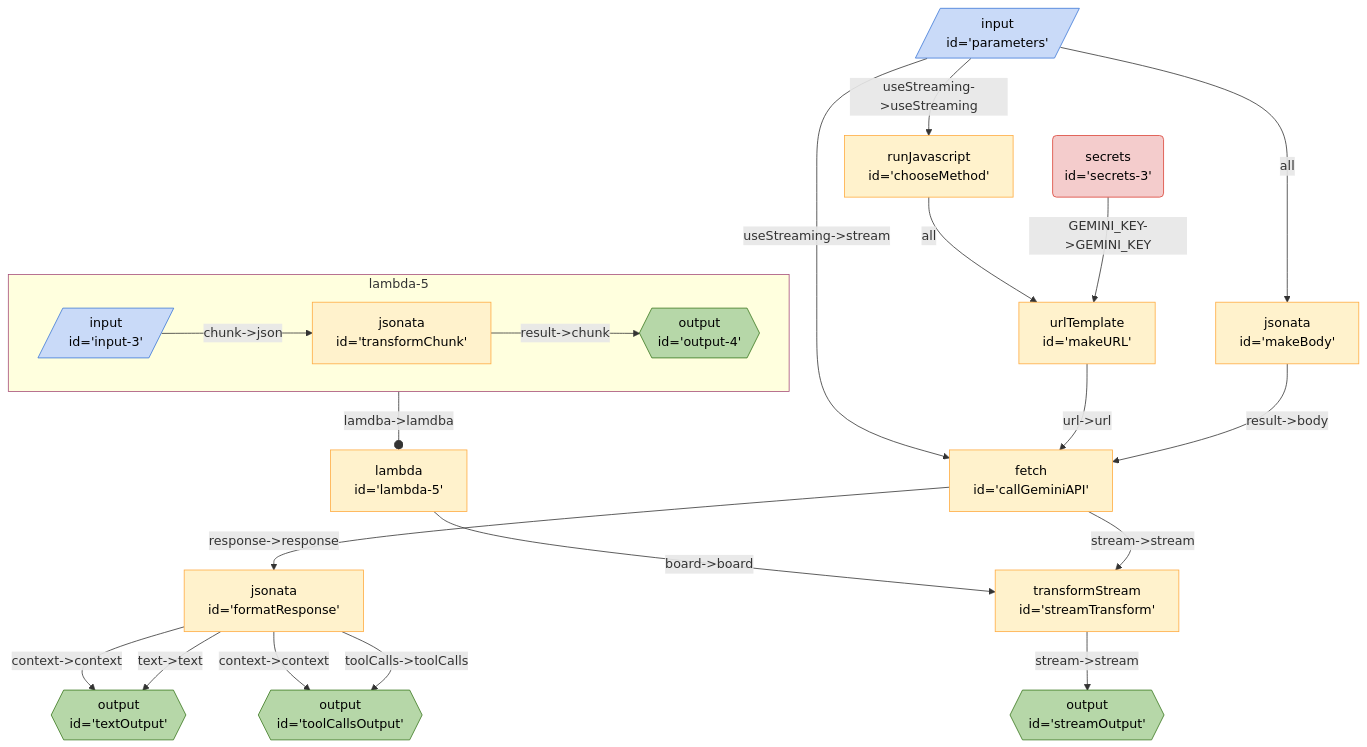
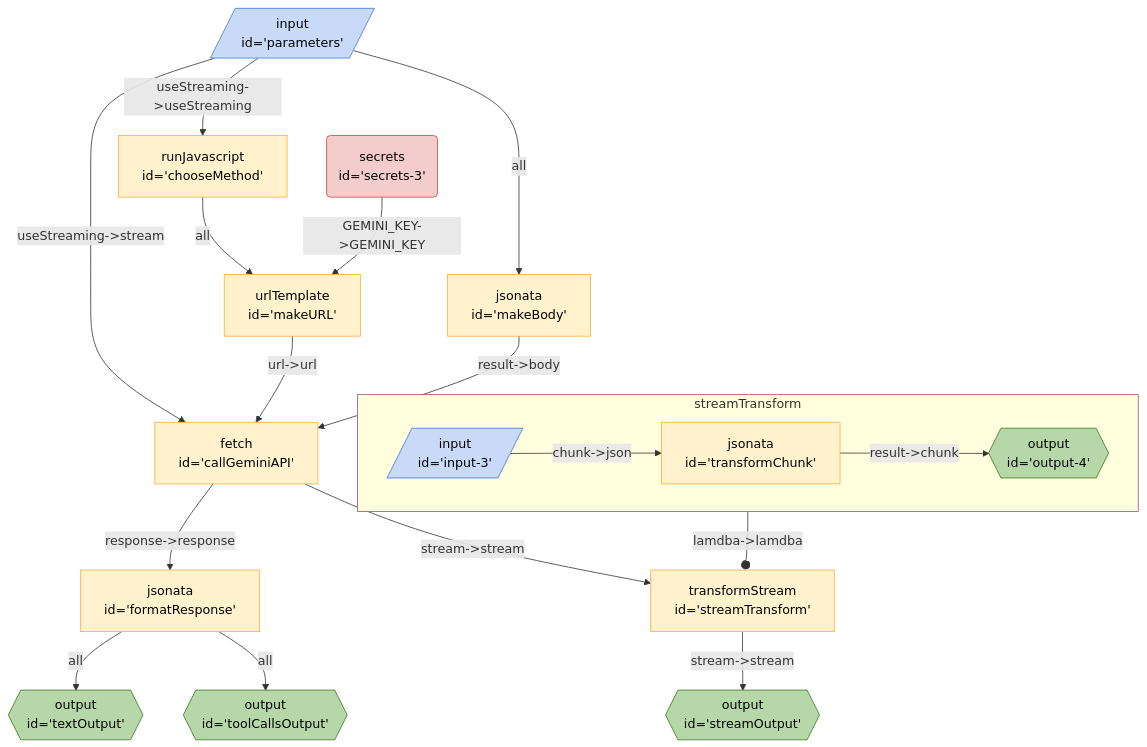
The diagram in packages/breadboard-web/docs/graphs/gemini-generator.md (breadboard-ai/breadboard), drawn with Mermaid before and after one commit. The commit also changed 4 other files, not shown here.

````diff
--- a/packages/breadboard-web/docs/graphs/gemini-generator.md
+++ b/packages/breadboard-web/docs/graphs/gemini-generator.md
@@ -3,33 +3,30 @@
 ```mermaid
 %%{init: 'themeVariables': { 'fontFamily': 'Fira Code, monospace' }}%%
 graph TD;
 streamTransform["transformStream <br> id='streamTransform'"] -- "stream->stream" --> streamOutput{{"output <br> id='streamOutput'"}}:::output
-lambda5["lambda <br> id='lambda-5'"] -- "board->board" --> streamTransform["transformStream <br> id='streamTransform'"]
-subgraph sg_lambda5 [lambda-5]
-lambda5_transformChunk["jsonata <br> id='transformChunk'"] -- "result->chunk" --> lambda5_output4{{"output <br> id='output-4'"}}:::output
-lambda5_input3[/"input <br> id='input-3'"/]:::input -- "chunk->json" --> lambda5_transformChunk["jsonata <br> id='transformChunk'"]
+subgraph sg_streamTransform [streamTransform]
+streamTransform_transformChunk["jsonata <br> id='transformChunk'"] -- "result->chunk" --> streamTransform_output4{{"output <br> id='output-4'"}}:::output
+streamTransform_input3[/"input <br> id='input-3'"/]:::input -- "chunk->json" --> streamTransform_transformChunk["jsonata <br> id='transformChunk'"]
 end
-sg_lambda5:::slotted -- "lamdba->lamdba" --o lambda5
+sg_streamTransform:::slotted -- "lamdba->lamdba" --o streamTransform
 
 callGeminiAPI["fetch <br> id='callGeminiAPI'"] -- "response->response" --> formatResponse["jsonata <br> id='formatResponse'"]
 callGeminiAPI["fetch <br> id='callGeminiAPI'"] -- "stream->stream" --> streamTransform["transformStream <br> id='streamTransform'"]
 parameters[/"input <br> id='parameters'"/]:::input -- "useStreaming->useStreaming" --> chooseMethod["runJavascript <br> id='chooseMethod'"]
 parameters[/"input <br> id='parameters'"/]:::input -- all --> makeBody["jsonata <br> id='makeBody'"]
 parameters[/"input <br> id='parameters'"/]:::input -- "useStreaming->stream" --> callGeminiAPI["fetch <br> id='callGeminiAPI'"]
 makeURL["urlTemplate <br> id='makeURL'"] -- "url->url" --> callGeminiAPI["fetch <br> id='callGeminiAPI'"]
 makeBody["jsonata <br> id='makeBody'"] -- "result->body" --> callGeminiAPI["fetch <br> id='callGeminiAPI'"]
-formatResponse["jsonata <br> id='formatResponse'"] -- "context->context" --> textOutput{{"output <br> id='textOutput'"}}:::output
-formatResponse["jsonata <br> id='formatResponse'"] -- "text->text" --> textOutput{{"output <br> id='textOutput'"}}:::output
-formatResponse["jsonata <br> id='formatResponse'"] -- "context->context" --> toolCallsOutput{{"output <br> id='toolCallsOutput'"}}:::output
-formatResponse["jsonata <br> id='formatResponse'"] -- "toolCalls->toolCalls" --> toolCallsOutput{{"output <br> id='toolCallsOutput'"}}:::output
+formatResponse["jsonata <br> id='formatResponse'"] -- all --> textOutput{{"output <br> id='textOutput'"}}:::output
+formatResponse["jsonata <br> id='formatResponse'"] -- all --> toolCallsOutput{{"output <br> id='toolCallsOutput'"}}:::output
 chooseMethod["runJavascript <br> id='chooseMethod'"] -- all --> makeURL["urlTemplate <br> id='makeURL'"]
 secrets3("secrets <br> id='secrets-3'"):::secrets -- "GEMINI_KEY->GEMINI_KEY" --> makeURL["urlTemplate <br> id='makeURL'"]
 classDef default stroke:#ffab40,fill:#fff2ccff,color:#000
 classDef input stroke:#3c78d8,fill:#c9daf8ff,color:#000
 classDef output stroke:#38761d,fill:#b6d7a8ff,color:#000
 classDef passthrough stroke:#a64d79,fill:#ead1dcff,color:#000
 classDef slot stroke:#a64d79,fill:#ead1dcff,color:#000
 classDef config stroke:#a64d79,fill:#ead1dcff,color:#000
 classDef secrets stroke:#db4437,fill:#f4cccc,color:#000
 classDef slotted stroke:#a64d79
 ```
````
